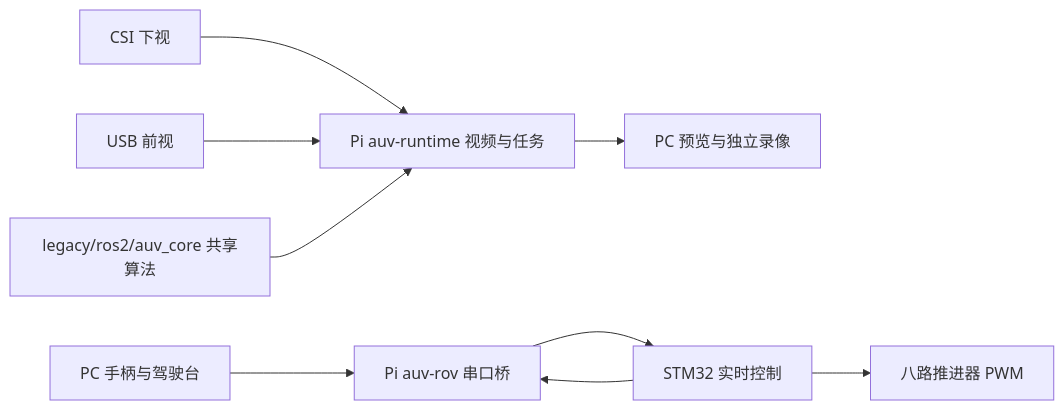
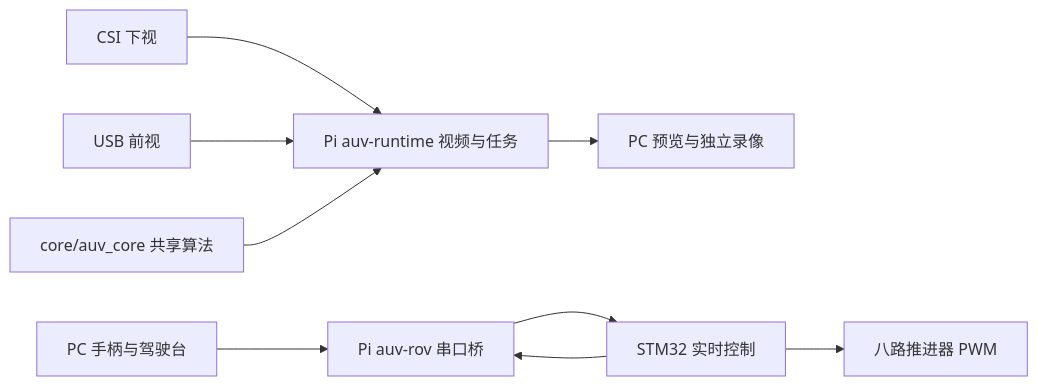
Before and after one commit to laihanwen/xjtu_rover_team_lib: the diagram in README.md, drawn with Mermaid. The commit also changed other lines of this file and 42 other files, not shown here.

````diff
--- a/README.md
+++ b/README.md
@@ -28,11 +31,11 @@
 ```mermaid
 flowchart LR
   PC[PC 手柄与驾驶台] --> Bridge[Pi auv-rov 串口桥]
   CSI[CSI 下视] --> Runtime[Pi auv-runtime 视频与任务]
   USB[USB 前视] --> Runtime
   Runtime --> Video[PC 预览与独立录像]
   Bridge --> MCU[STM32 实时控制]
   MCU --> Bridge
   MCU --> Motors[八路推进器 PWM]
-  Core[legacy/ros2/auv_core 共享算法] --> Runtime
+  Core[core/auv_core 共享算法] --> Runtime
 ```
````
